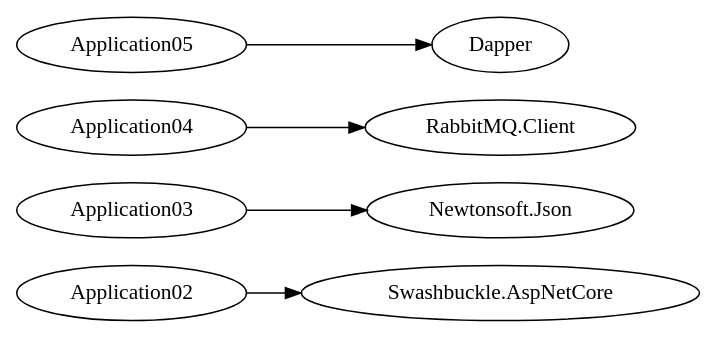
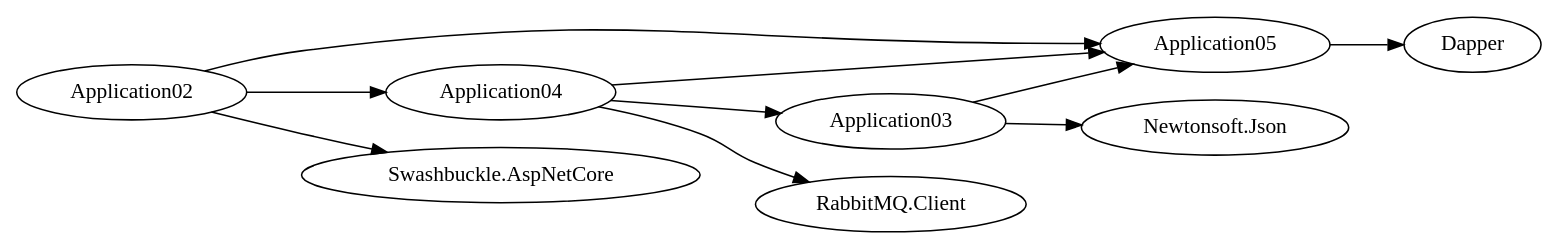
One commit to eduardocf/ADM changed the diagram in dependency_graph.dot. Above: the diagram before and after it, drawn with Graphviz. The commit also changed 3 other files, not shown here.

```diff
--- a/dependency_graph.dot
+++ b/dependency_graph.dot
@@ -1,7 +1,12 @@
 digraph Dependencies {
   rankdir=LR;
+  "Application02" -> "Application04";
+  "Application02" -> "Application05";
   "Application02" -> "Swashbuckle.AspNetCore";
+  "Application03" -> "Application05";
   "Application03" -> "Newtonsoft.Json";
+  "Application04" -> "Application03";
+  "Application04" -> "Application05";
   "Application04" -> "RabbitMQ.Client";
   "Application05" -> "Dapper";
 }
```
